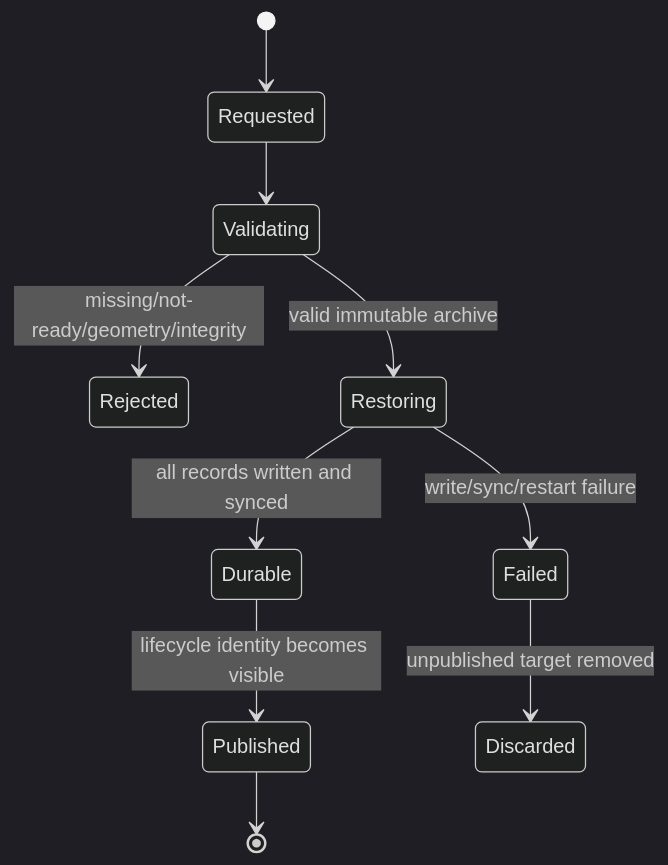
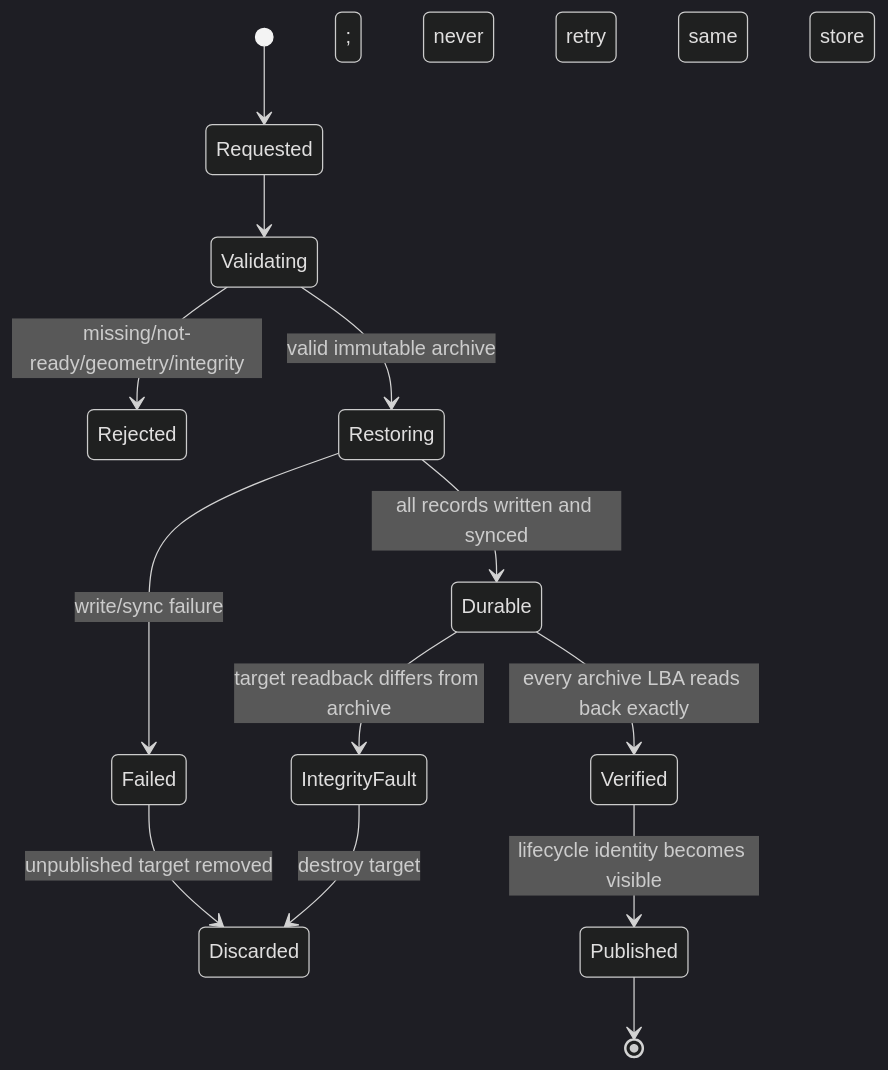
Before and after one commit to seaweedfs/seaweed-block: the diagram in internal/docs/protocol/snapshot-restore-contract.md, drawn with Mermaid (dark theme). The commit also changed other lines of this file and 7 other files, not shown here.

````diff
--- a/internal/docs/protocol/snapshot-restore-contract.md
+++ b/internal/docs/protocol/snapshot-restore-contract.md
@@ -126,12 +165,15 @@
 ```mermaid
 stateDiagram-v2
   [*] --> Requested
   Requested --> Validating
   Validating --> Rejected: missing/not-ready/geometry/integrity
   Validating --> Restoring: valid immutable archive
-  Restoring --> Failed: write/sync/restart failure
+  Restoring --> Failed: write/sync failure
   Restoring --> Durable: all records written and synced
-  Durable --> Published: lifecycle identity becomes visible
+  Durable --> IntegrityFault: target readback differs from archive
+  Durable --> Verified: every archive LBA reads back exactly
+  Verified --> Published: lifecycle identity becomes visible
   Failed --> Discarded: unpublished target removed
+  IntegrityFault --> Discarded: destroy target; never retry same store
   Published --> [*]
 ```
````
